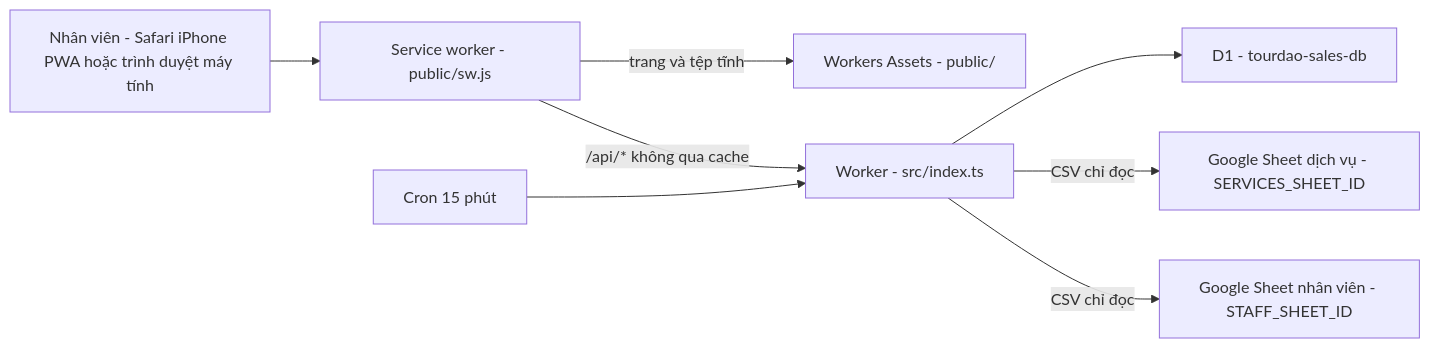
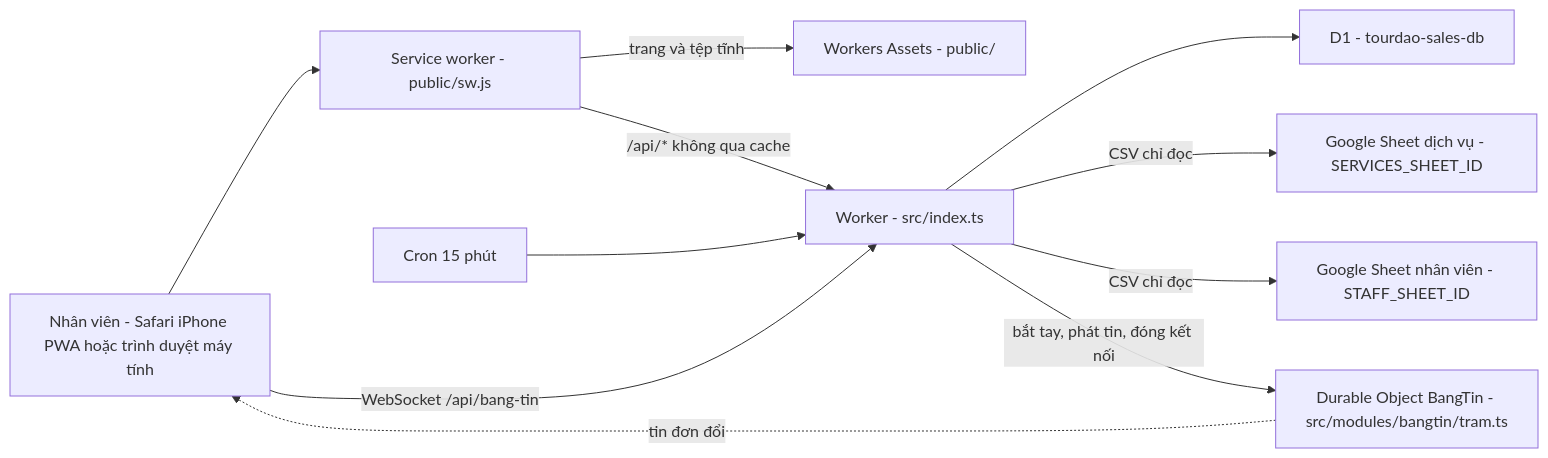
Before and after one commit to luutuanvu1010/tourdaobooking: the first of 5 diagrams in docs/SYSTEM-DESIGN.md, drawn with Mermaid. The commit also changed other lines of this file, not shown here.

First line of the commit message:
SYSTEM-DESIGN: mô tả Bảng tin (Durable Object, bắt tay WebSocket, đóng kết nối, phía trình duyệt)

````diff
--- a/docs/SYSTEM-DESIGN.md
+++ b/docs/SYSTEM-DESIGN.md
@@ -50,18 +50,22 @@
 ```mermaid
 flowchart LR
   U["Nhân viên - Safari iPhone PWA hoặc trình duyệt máy tính"]
   SW["Service worker - public/sw.js"]
   A["Workers Assets - public/"]
   W["Worker - src/index.ts"]
   D["D1 - tourdao-sales-db"]
   S1["Google Sheet dịch vụ - SERVICES_SHEET_ID"]
   S2["Google Sheet nhân viên - STAFF_SHEET_ID"]
   C["Cron 15 phút"]
+  T["Durable Object BangTin - src/modules/bangtin/tram.ts"]
   U --> SW
   SW -->|"trang và tệp tĩnh"| A
   SW -->|"/api/* không qua cache"| W
   W --> D
   W -->|"CSV chỉ đọc"| S1
   W -->|"CSV chỉ đọc"| S2
   C --> W
+  U -->|"WebSocket /api/bang-tin"| W
+  W -->|"bắt tay, phát tin, đóng kết nối"| T
+  T -.->|"tin đơn đổi"| U
 ```
````
